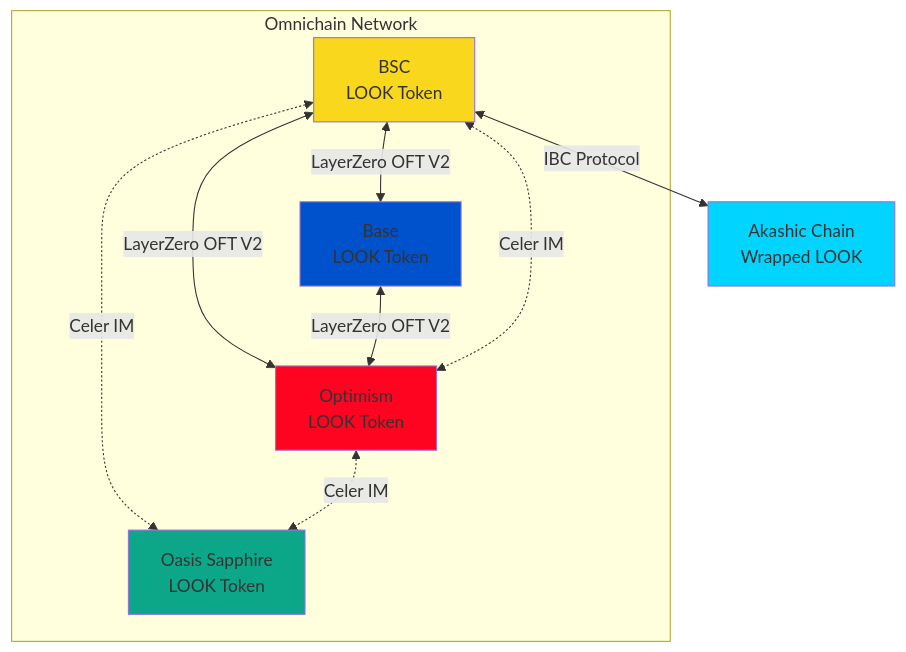
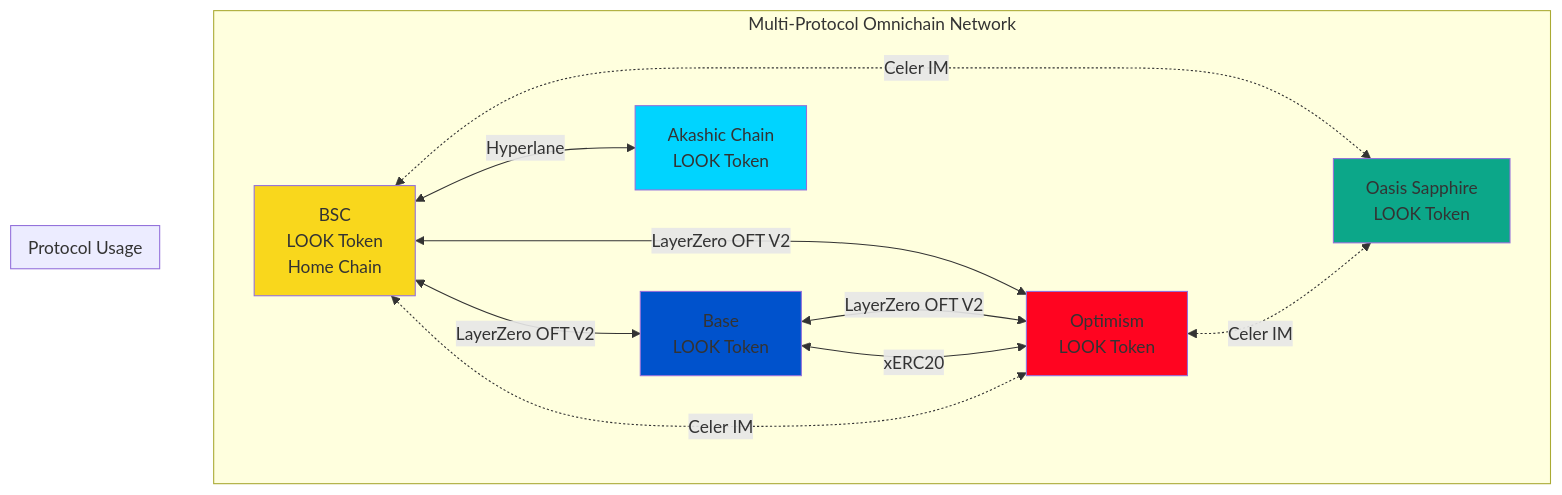
Before and after one commit to lookcard-dev/lookcoin-contract: the second of 10 diagrams in docs/TECHNICAL.md, drawn with Mermaid. The commit also changed other lines of this file and 32 other files, not shown here.

First line of the commit message:
Implements native cross-chain token design

````diff
--- a/docs/TECHNICAL.md
+++ b/docs/TECHNICAL.md
@@ -50,27 +94,30 @@
 ```mermaid
 graph TB
-    subgraph "Omnichain Network"
-        BSC[BSC<br/>LOOK Token]
+    subgraph "Multi-Protocol Omnichain Network"
+        BSC[BSC<br/>LOOK Token<br/>Home Chain]
         BASE[Base<br/>LOOK Token]
         OPT[Optimism<br/>LOOK Token]
         SAPPHIRE[Oasis Sapphire<br/>LOOK Token]
+        AKASHIC[Akashic Chain<br/>LOOK Token]
     end
 
-    AKASHIC[Akashic Chain<br/>Wrapped LOOK]
-
-    BSC <--> |LayerZero OFT V2| BASE
-    BSC <--> |LayerZero OFT V2| OPT
-    BASE <--> |LayerZero OFT V2| OPT
-
-    BSC <-.-> |Celer IM| OPT
-    BSC <-.-> |Celer IM| SAPPHIRE
-    OPT <-.-> |Celer IM| SAPPHIRE
-
-    BSC <--> |IBC Protocol| AKASHIC
+    subgraph "Protocol Usage"
+        BSC <--> |LayerZero OFT V2| BASE
+        BSC <--> |LayerZero OFT V2| OPT
+        BASE <--> |LayerZero OFT V2| OPT
+        
+        BASE <--> |xERC20| OPT
+        
+        BSC <-.-> |Celer IM| OPT
+        BSC <-.-> |Celer IM| SAPPHIRE
+        OPT <-.-> |Celer IM| SAPPHIRE
+        
+        BSC <--> |Hyperlane| AKASHIC
+    end
 
     style BSC fill:#f9d71c
     style BASE fill:#0052cc
     style OPT fill:#ff0420
     style SAPPHIRE fill:#0ca789
     style AKASHIC fill:#00d4ff
 ```
````
